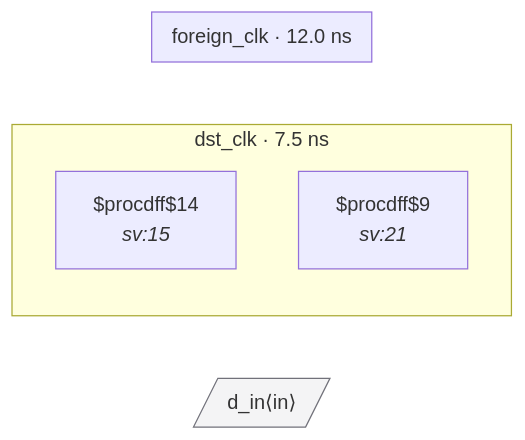
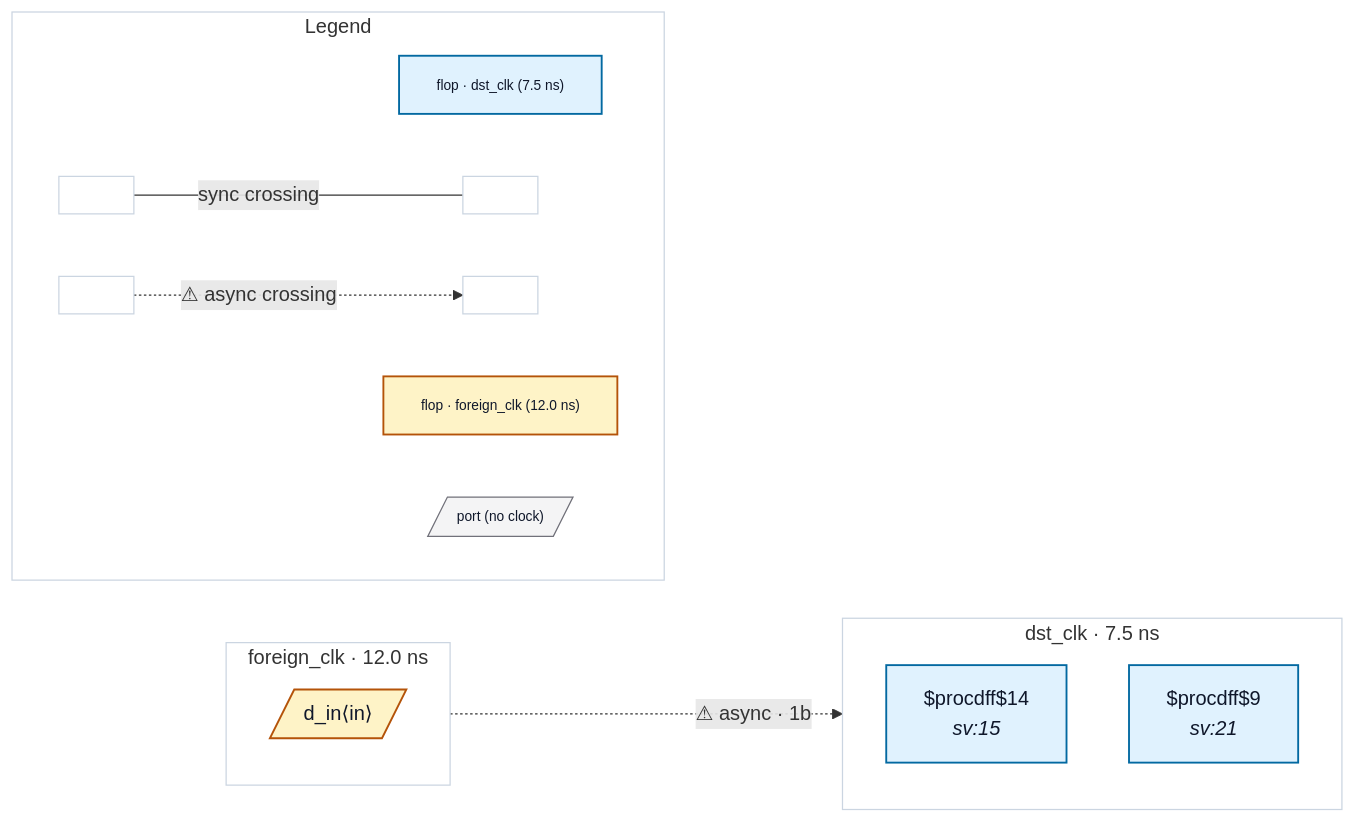
The diagram in tests/fixtures/good_port_typed_sync/README.md (rtl-buddy/rtl-buddy-cdc), drawn with Mermaid before and after one commit. The commit also changed 71 other files, not shown here.

First line of the commit message:
Refresh fixture READMEs + render iterations (colors, legend, nested ports, clock-net edges)

````diff
--- a/tests/fixtures/good_port_typed_sync/README.md
+++ b/tests/fixtures/good_port_typed_sync/README.md
@@ -14,14 +14,40 @@
 ```mermaid
 %% good_port_typed_sync — generated by rtl-buddy-cdc render
 flowchart LR
   subgraph clk_dst_clk["dst_clk · 7.5 ns"]
     direction TB
-    f_84568b03["$procdff$14<br/><i>sv:15</i>"]
-    f_b437896e["$procdff$9<br/><i>sv:21</i>"]
+    f_84568b03["$procdff$14<br/><i>sv:15</i>"]:::ckcls_dst_clk
+    f_b437896e["$procdff$9<br/><i>sv:21</i>"]:::ckcls_dst_clk
   end
   subgraph clk_foreign_clk["foreign_clk · 12.0 ns"]
     direction TB
+    p_in_d_in[/"d_in⟨in⟩"/]:::ckcls_foreign_clk
   end
-  p_in_d_in[/"d_in⟨in⟩"/]:::port
-  classDef port fill:#f4f4f5,stroke:#71717a
+  p_in_d_in -. "⚠ async · 1b" .-> f_84568b03
+  subgraph rb_legend["Legend"]
+    direction LR
+    lg_clk_dst_clk["flop · dst_clk (7.5 ns)"]:::ckcls_dst_clk
+    lg_clk_foreign_clk["flop · foreign_clk (12.0 ns)"]:::ckcls_foreign_clk
+    lg_port[/"port (no clock)"/]:::port_unassigned
+    lg_sync_a[" "]:::ckcls_legend_neutral
+    lg_sync_b[" "]:::ckcls_legend_neutral
+    lg_async_a[" "]:::ckcls_legend_neutral
+    lg_async_b[" "]:::ckcls_legend_neutral
+    lg_sync_a --- |"sync crossing"| lg_sync_b
+    lg_async_a -. "⚠ async crossing" .-> lg_async_b
+  end
+  style clk_dst_clk fill:none,stroke:#cbd5e1
+  style clk_foreign_clk fill:none,stroke:#cbd5e1
+  style rb_legend fill:none,stroke:#cbd5e1
+  style lg_clk_dst_clk font-size:11px
+  style lg_clk_foreign_clk font-size:11px
+  style lg_port font-size:11px
+  style lg_sync_a font-size:11px
+  style lg_sync_b font-size:11px
+  style lg_async_a font-size:11px
+  style lg_async_b font-size:11px
+  classDef ckcls_dst_clk fill:#e0f2fe,stroke:#0369a1,stroke-width:1.5px,color:#0f172a
+  classDef ckcls_foreign_clk fill:#fef3c7,stroke:#b45309,stroke-width:1.5px,color:#0f172a
+  classDef port_unassigned fill:#f4f4f5,stroke:#71717a,color:#0f172a
+  classDef ckcls_legend_neutral fill:#ffffff,stroke:#cbd5e1,stroke-width:1px,color:#0f172a
 ```
````
